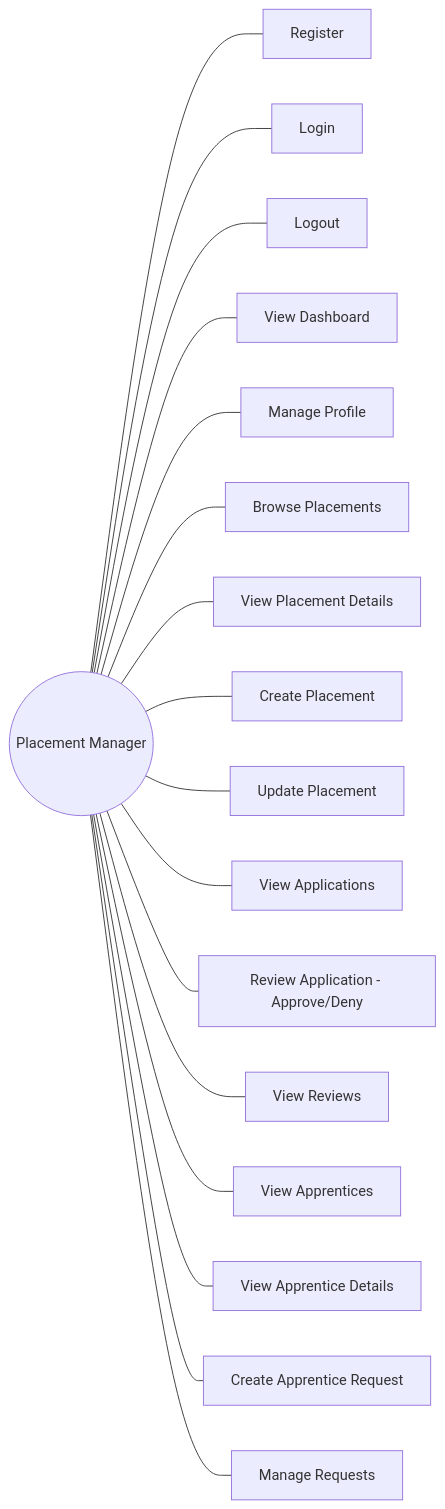
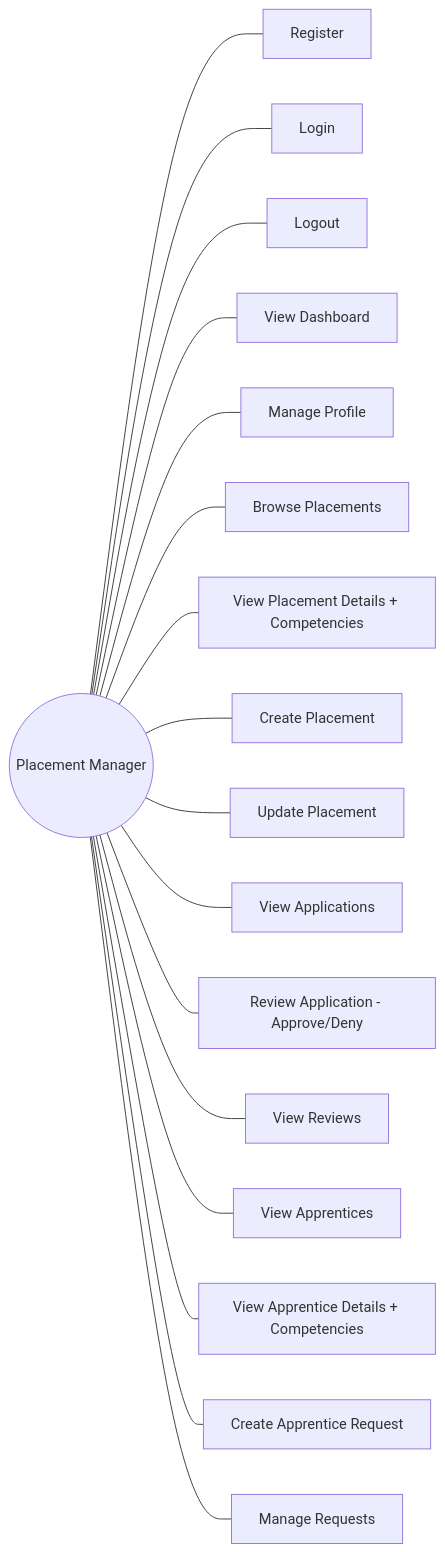
Before and after one commit to JayCenaUni/Placements: the third of 3 diagrams in docs/uml/use-case-diagram.md, drawn with Mermaid. The commit also changed other lines of this file and 6 other files, not shown here.

````diff
--- a/docs/uml/use-case-diagram.md
+++ b/docs/uml/use-case-diagram.md
@@ -46,21 +48,21 @@
 ```mermaid
 graph LR
     PM((Placement Manager))
 
     PM --- Register
     PM --- Login
     PM --- Logout
     PM --- Dashboard[View Dashboard]
     PM --- Profile[Manage Profile]
     PM --- Browse[Browse Placements]
-    PM --- ViewP[View Placement Details]
+    PM --- ViewP[View Placement Details + Competencies]
     PM --- Create[Create Placement]
     PM --- Update[Update Placement]
     PM --- ViewApps[View Applications]
     PM --- Review[Review Application - Approve/Deny]
     PM --- ViewRevs[View Reviews]
     PM --- ViewList[View Apprentices]
-    PM --- ViewDetail[View Apprentice Details]
+    PM --- ViewDetail[View Apprentice Details + Competencies]
     PM --- CreateReq[Create Apprentice Request]
     PM --- ManageReq[Manage Requests]
 ```
````
